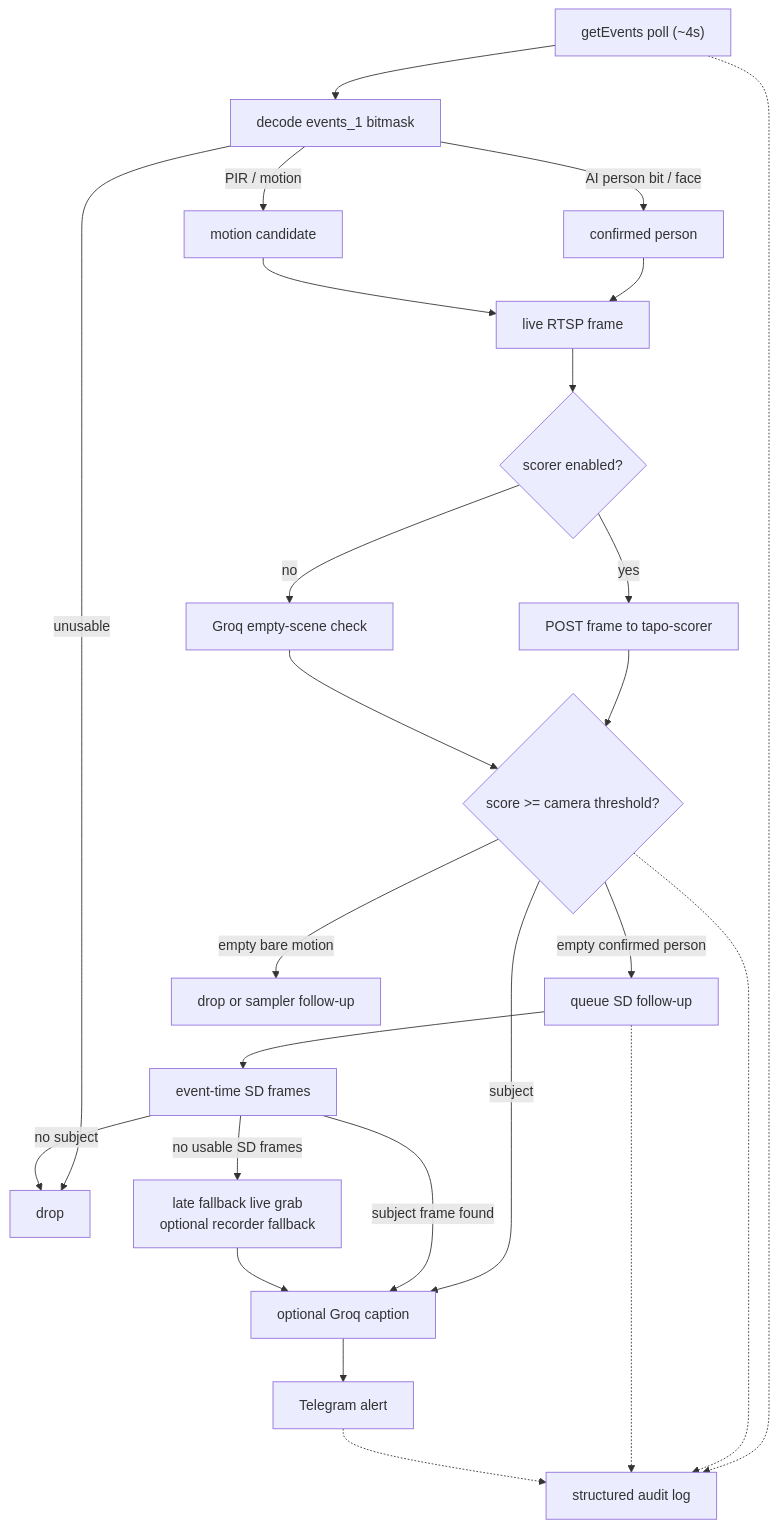
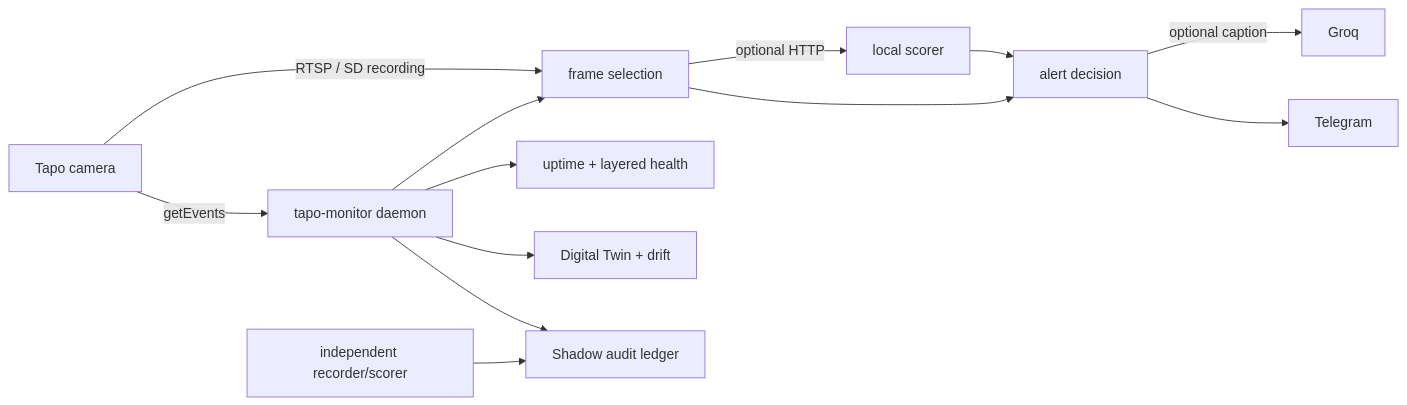
One commit to PeterkoCZ91/tapo-monitoring changed the diagram in README.md. Above: the diagram before and after it, drawn with Mermaid. The commit also changed other lines of this file and 13 other files, not shown here.

````diff
--- a/README.md
+++ b/README.md
@@ -92,30 +90,16 @@
 ```mermaid
-flowchart TD
-    A["getEvents poll (~4s)"] --> B["decode events_1 bitmask"]
-    B -->|"AI person bit / face"| P["confirmed person"]
-    B -->|"PIR / motion"| M["motion candidate"]
-    B -->|"unusable"| X["drop"]
+flowchart LR
+    CAM["Tapo camera"] -->|"getEvents"| DAEMON["tapo-monitor daemon"]
+    CAM -->|"RTSP / SD recording"| MEDIA["frame selection"]
+    DAEMON --> MEDIA
+    MEDIA -->|"optional HTTP"| SCORE["local scorer"]
+    SCORE --> DECIDE["alert decision"]
+    MEDIA --> DECIDE
+    DECIDE -->|"optional caption"| GROQ["Groq"]
+    DECIDE --> TG["Telegram"]
 
-    P --> L["live RTSP frame"]
-    M --> L
-    L --> S{"scorer enabled?"}
-    S -->|"yes"| Y["POST frame to tapo-scorer"]
-    S -->|"no"| R["Groq empty-scene check"]
-    Y --> C{"score >= camera threshold?"}
-    R --> C
-
-    C -->|"subject"| CAP["optional Groq caption"]
-    C -->|"empty confirmed person"| SD["queue SD follow-up"]
-    C -->|"empty bare motion"| D["drop or sampler follow-up"]
-    SD --> F["event-time SD frames"]
-    F -->|"subject frame found"| CAP
-    F -->|"no subject"| X
-    F -->|"no usable SD frames"| RF["late fallback live grab<br/>optional recorder fallback"]
-    RF --> CAP
-    CAP --> T["Telegram alert"]
-
-    A -.-> AUD["structured audit log"]
-    C -.-> AUD
-    SD -.-> AUD
-    T -.-> AUD
+    DAEMON --> HEALTH["uptime + layered health"]
+    DAEMON --> TWIN["Digital Twin + drift"]
+    DAEMON --> LEDGER["Shadow audit ledger"]
+    REC["independent recorder/scorer"] --> LEDGER
 ```
````
